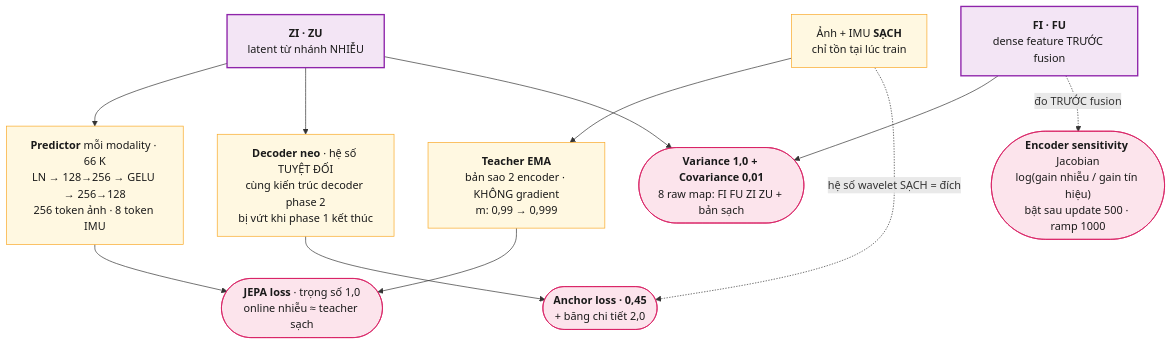
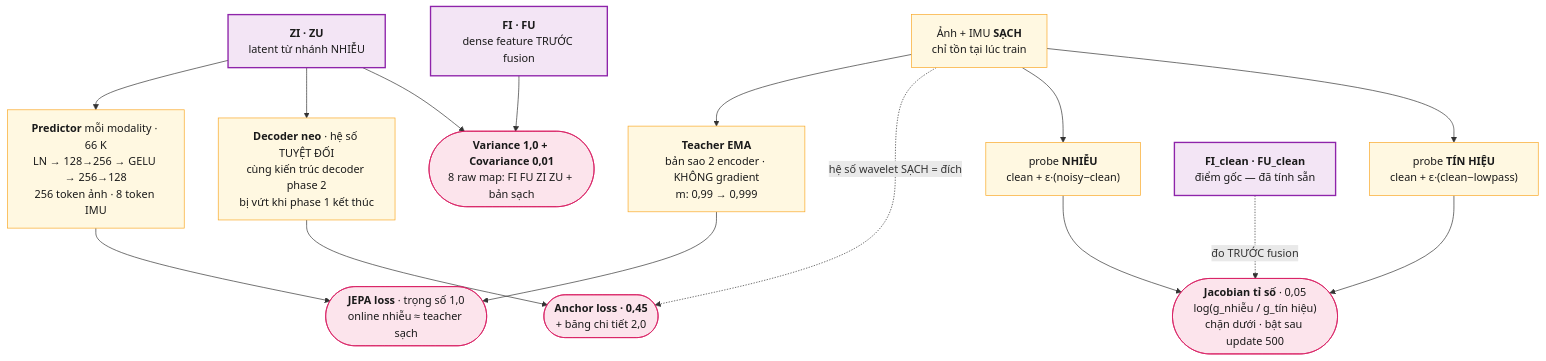
The third of 4 diagrams in README.md (leesanghyoek/qwt_jepa_ver3), drawn with Mermaid before and after one commit. The commit also changed other lines of this file, not shown here.

First line of the commit message:
Redraw the overview and phase-1 diagrams for the new architecture

````diff
--- a/README.md
+++ b/README.md
@@ -142,26 +151,32 @@
 ```mermaid
 flowchart TB
     Z["<b>ZI · ZU</b><br/>latent từ nhánh NHIỄU"]
     F["<b>FI · FU</b><br/>dense feature TRƯỚC fusion"]
     CLEAN["Ảnh + IMU <b>SẠCH</b><br/>chỉ tồn tại lúc train"]
     TE["<b>Teacher EMA</b><br/>bản sao 2 encoder · KHÔNG gradient<br/>m: 0,99 → 0,999"]
     PR["<b>Predictor</b> mỗi modality · 66 K<br/>LN → 128→256 → GELU → 256→128<br/>256 token ảnh · 8 token IMU"]
     AN["<b>Decoder neo</b> · hệ số TUYỆT ĐỐI<br/>cùng kiến trúc decoder phase 2<br/>bị vứt khi phase 1 kết thúc"]
     JE(["<b>JEPA loss</b> · trọng số 1,0<br/>online nhiễu ≈ teacher sạch"])
     VC(["<b>Variance 1,0 + Covariance 0,01</b><br/>8 raw map: FI FU ZI ZU + bản sạch"])
-    JA(["<b>Encoder sensitivity</b> Jacobian<br/>log(gain nhiễu / gain tín hiệu)<br/>bật sau update 500 · ramp 1000"])
+    PN["probe <b>NHIỄU</b><br/>clean + ε·(noisy−clean)"]
+    PS["probe <b>TÍN HIỆU</b><br/>clean + ε·(clean−lowpass)"]
+    FC["<b>FI_clean · FU_clean</b><br/>điểm gốc — đã tính sẵn"]
+    JA(["<b>Jacobian tỉ số</b> · 0,05<br/>log(g_nhiễu / g_tín hiệu)<br/>chặn dưới · bật sau update 500"])
     ANL(["<b>Anchor loss · 0,45</b><br/>+ băng chi tiết 2,0"])
     CLEAN --> TE --> JE
     Z --> PR --> JE
     Z --> AN --> ANL
     CLEAN -. "hệ số wavelet SẠCH = đích" .-> ANL
     Z --> VC
     F --> VC
-    F -. "đo TRƯỚC fusion" .-> JA
+    CLEAN --> PN & PS
+    PN --> JA
+    PS --> JA
+    FC -. "đo TRƯỚC fusion" .-> JA
     classDef lat fill:#f3e5f5,stroke:#8e24aa,stroke-width:2px,color:#1a1a1a
     classDef p1 fill:#fff8e1,stroke:#f9a825,color:#1a1a1a
     classDef loss fill:#fce4ec,stroke:#d81b60,color:#1a1a1a
-    class Z,F lat
-    class CLEAN,TE,PR,AN p1
+    class Z,F,FC lat
+    class CLEAN,TE,PR,AN,PN,PS p1
     class JE,VC,JA,ANL loss
 ```
````
